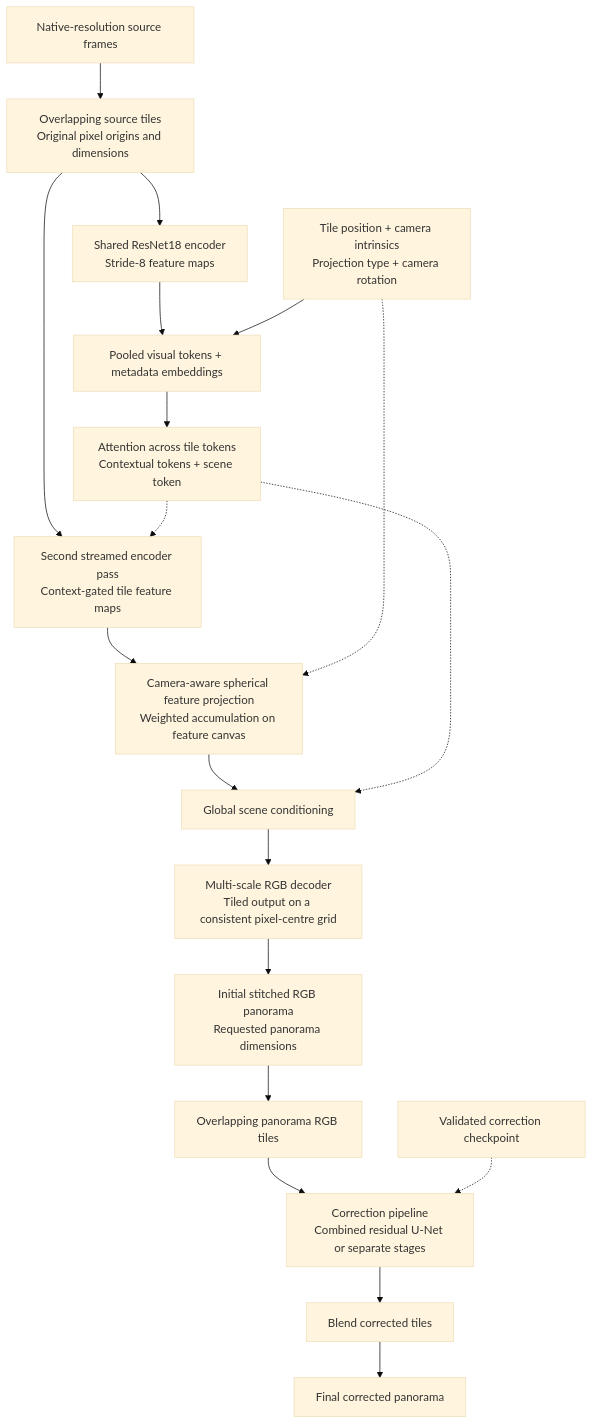
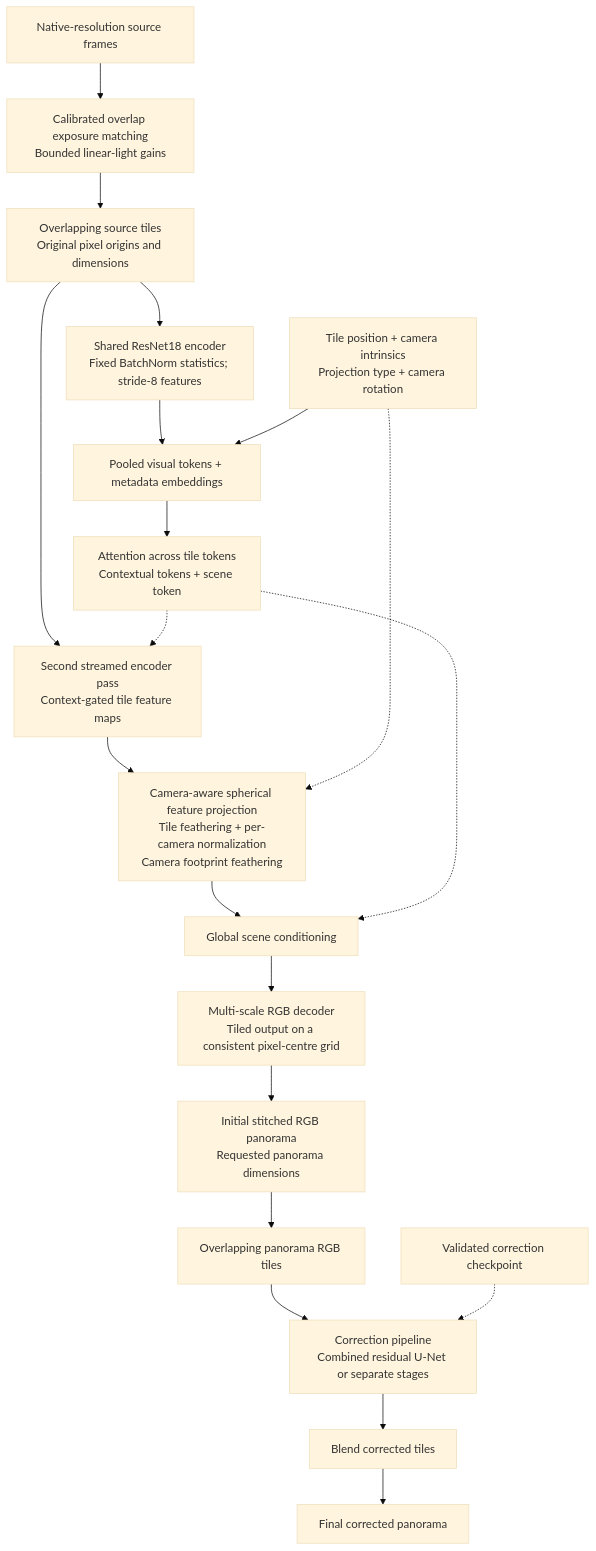
The first of 5 diagrams in panorama/ARCHITECTURE_VARIABLE_TILED.md (prasannac10/Capture_360), drawn with Mermaid (base theme) before and after one commit. The commit also changed other lines of this file and 24 other files, not shown here.

````diff
--- a/panorama/ARCHITECTURE_VARIABLE_TILED.md
+++ b/panorama/ARCHITECTURE_VARIABLE_TILED.md
@@ -15,28 +15,29 @@
 ```mermaid
 flowchart TD
     frames["Native-resolution source frames"]
     tile["Overlapping source tiles<br/>Original pixel origins and dimensions"]
-    encoder["Shared ResNet18 encoder<br/>Stride-8 feature maps"]
+    encoder["Shared ResNet18 encoder<br/>Fixed BatchNorm statistics; stride-8 features"]
     metadata["Tile position + camera intrinsics<br/>Projection type + camera rotation"]
     tokens["Pooled visual tokens + metadata embeddings"]
     attention["Attention across tile tokens<br/>Contextual tokens + scene token"]
     second["Second streamed encoder pass<br/>Context-gated tile feature maps"]
-    projection["Camera-aware spherical feature projection<br/>Weighted accumulation on feature canvas"]
+    projection["Camera-aware spherical feature projection<br/>Tile feathering + per-camera normalization<br/>Camera footprint feathering"]
     condition["Global scene conditioning"]
     decoder["Multi-scale RGB decoder<br/>Tiled output on a consistent pixel-centre grid"]
     output["Initial stitched RGB panorama<br/>Requested panorama dimensions"]
     tiles["Overlapping panorama RGB tiles"]
     correction["Correction pipeline<br/>Combined residual U-Net or separate stages"]
     merge["Blend corrected tiles"]
     final["Final corrected panorama"]
     weights["Validated correction checkpoint"]
-    frames --> tile --> encoder --> tokens --> attention
+    exposure["Calibrated overlap exposure matching<br/>Bounded linear-light gains"]
+    frames --> exposure --> tile --> encoder --> tokens --> attention
     metadata --> tokens
     tile --> second
     attention -.-> second
     second --> projection --> condition --> decoder --> output
     metadata -.-> projection
     attention -.-> condition
     output --> tiles --> correction --> merge --> final
     weights -.-> correction
 ```
````
